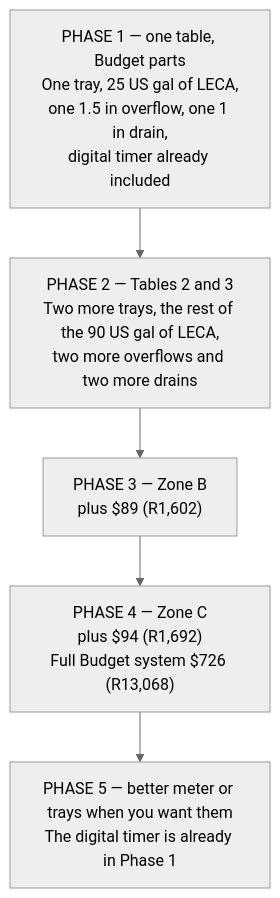
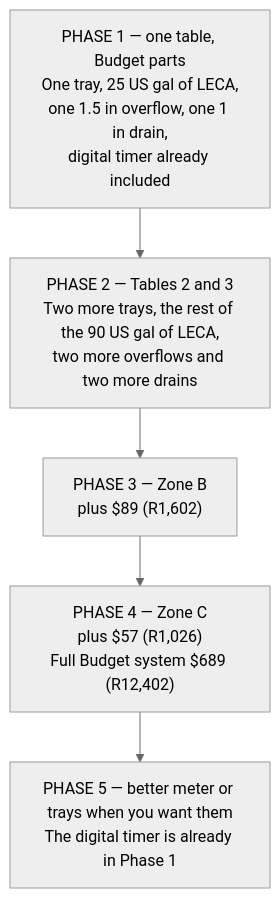
Before and after one commit to UncleJS/guide_hydroponics: the first of 3 diagrams in guide/ebb-and-flow/12-budget-and-sourcing.md, drawn with Mermaid (neutral theme). The commit also changed other lines of this file and 20 other files, not shown here.

````diff
--- a/guide/ebb-and-flow/12-budget-and-sourcing.md
+++ b/guide/ebb-and-flow/12-budget-and-sourcing.md
@@ -376,10 +375,10 @@
 ```mermaid
 flowchart TD
     P1["PHASE 1 — one table, Budget parts<br/>One tray, 25 US gal of LECA,<br/>one 1.5 in overflow, one 1 in drain,<br/>digital timer already included"]
     P2["PHASE 2 — Tables 2 and 3<br/>Two more trays, the rest of the 90 US gal of LECA,<br/>two more overflows and two more drains"]
     P3["PHASE 3 — Zone B<br/>plus $89 (R1,602)"]
-    P4["PHASE 4 — Zone C<br/>plus $94 (R1,692)<br/>Full Budget system $726 (R13,068)"]
+    P4["PHASE 4 — Zone C<br/>plus $57 (R1,026)<br/>Full Budget system $689 (R12,402)"]
     P5["PHASE 5 — better meter or trays when you want them<br/>The digital timer is already in Phase 1"]
 
     P1 --> P2 --> P3 --> P4 --> P5
 ```
````
